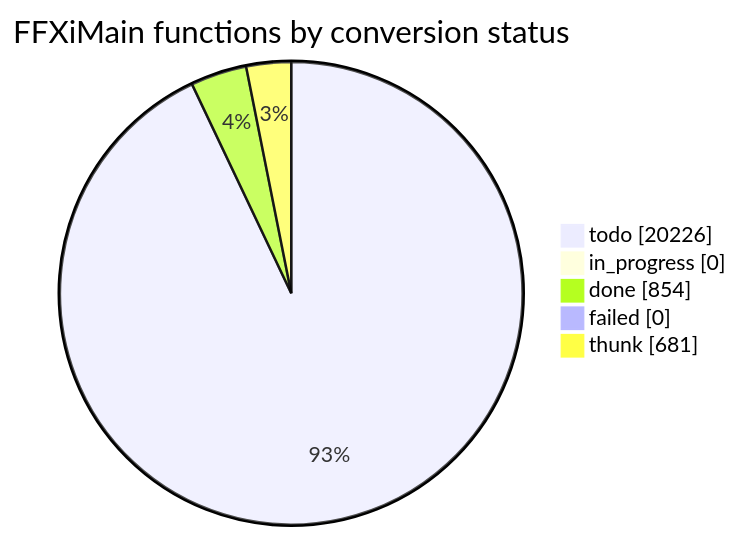
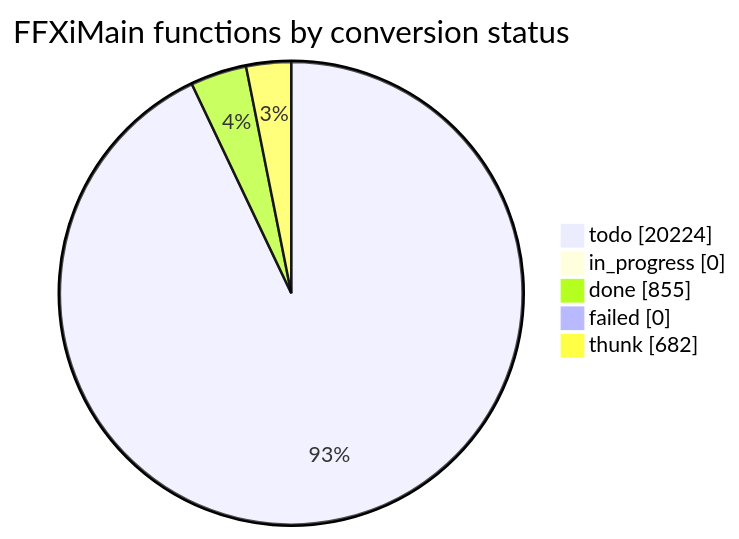
Before and after one commit to cowrevenge/cow_kuluu_xi_anything: the diagram in docs/cow/STATUS.md, drawn with Mermaid. The commit also changed other lines of this file and 9 other files, not shown here.

````diff
--- a/docs/cow/STATUS.md
+++ b/docs/cow/STATUS.md
@@ -18,9 +18,9 @@
 ```mermaid
 pie showData
     title FFXiMain functions by conversion status
-    "todo" : 20226
+    "todo" : 20224
     "in_progress" : 0
-    "done" : 854
+    "done" : 855
     "failed" : 0
-    "thunk" : 681
+    "thunk" : 682
 ```
````
